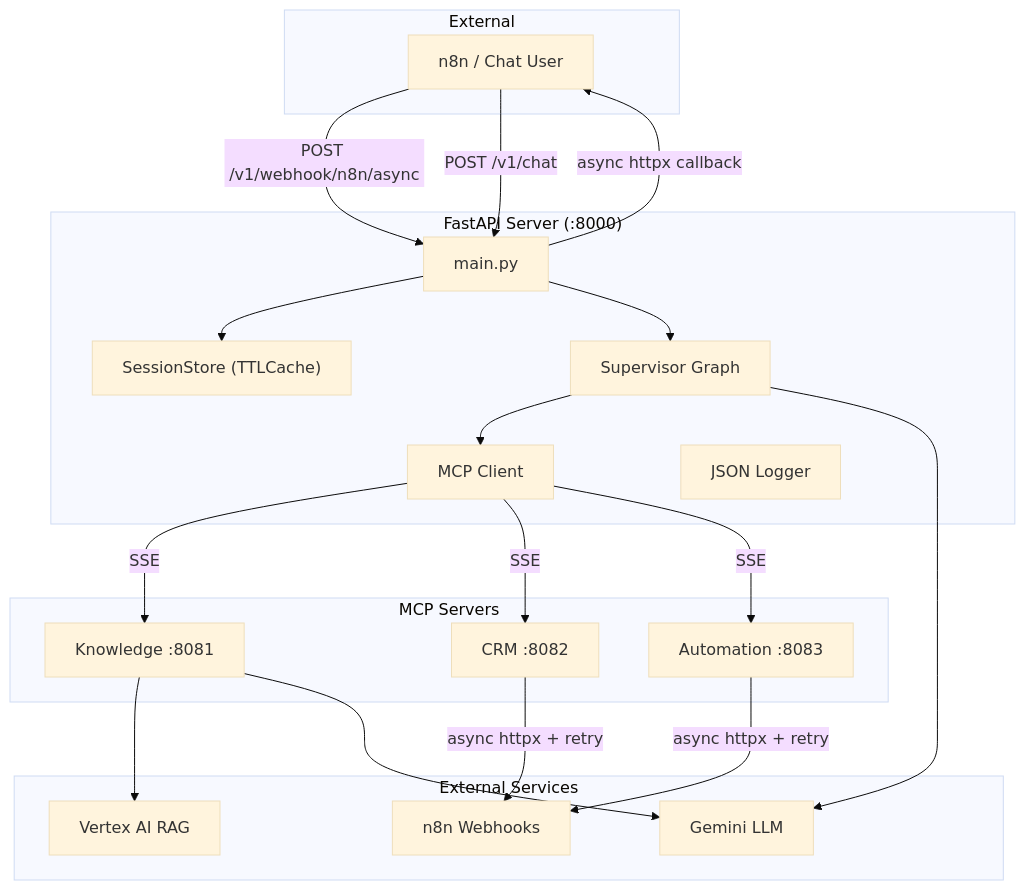
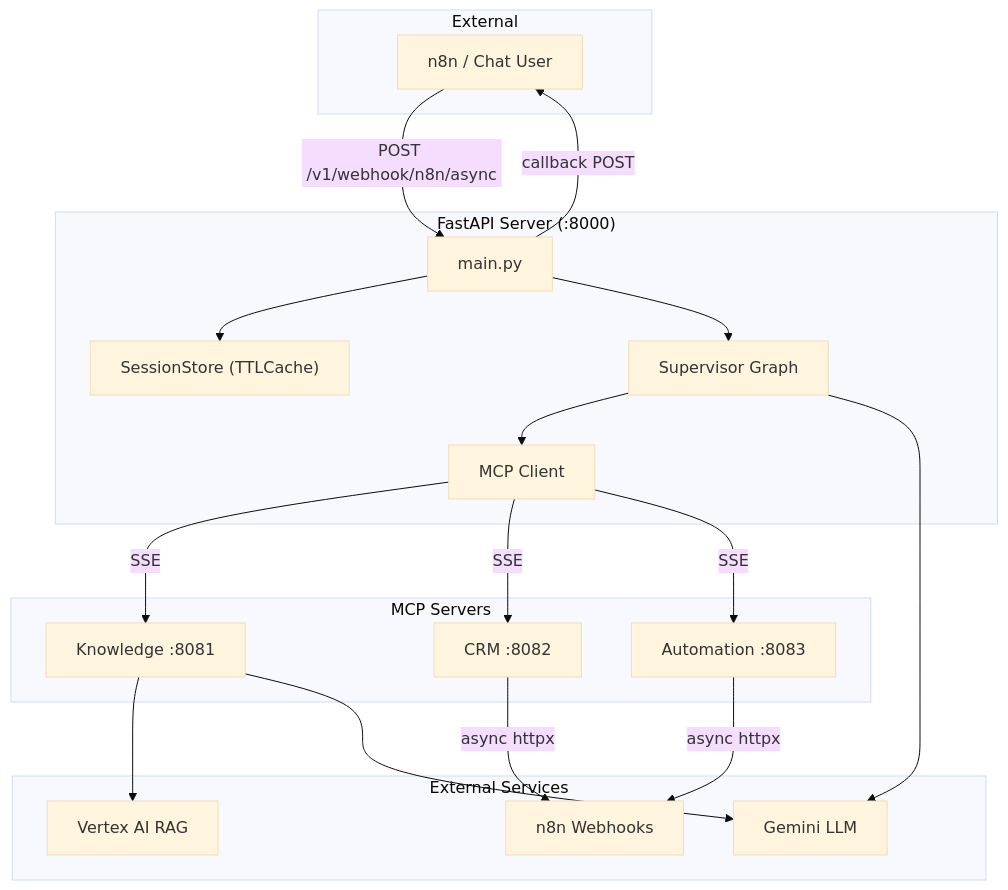
Before and after one commit to TaN1AnT/AI-Assistant: the first of 3 diagrams in docs/system_documentation.md, drawn with Mermaid (base theme). The commit also changed other lines of this file and 11 other files, not shown here.

````diff
--- a/docs/system_documentation.md
+++ b/docs/system_documentation.md
@@ -9,41 +9,39 @@
 ```mermaid
 graph TB
     subgraph External
         U["n8n / Chat User"]
     end
 
     subgraph "FastAPI Server (:8000)"
         API["main.py"]
         SS["SessionStore (TTLCache)"]
         GRAPH["Supervisor Graph"]
         MCP_C["MCP Client"]
-        LOG["JSON Logger"]
     end
 
     subgraph "MCP Servers"
         K["Knowledge :8081"]
         C["CRM :8082"]
         A["Automation :8083"]
     end
 
     subgraph "External Services"
         VAI["Vertex AI RAG"]
         N8N["n8n Webhooks"]
         GEMINI["Gemini LLM"]
     end
 
     U -->|"POST /v1/webhook/n8n/async"| API
-    U -->|"POST /v1/chat"| API
     API --> SS
     API --> GRAPH
     GRAPH --> MCP_C
     MCP_C -->|SSE| K
     MCP_C -->|SSE| C
     MCP_C -->|SSE| A
     K --> VAI
-    C -->|"async httpx + retry"| N8N
-    A -->|"async httpx + retry"| N8N
+    C -->|"async httpx"| N8N
+    A -->|"async httpx"| N8N
     GRAPH --> GEMINI
     K --> GEMINI
-    API -->|"async httpx callback"| U
+    API -->|"callback POST"| U
 ```
````
